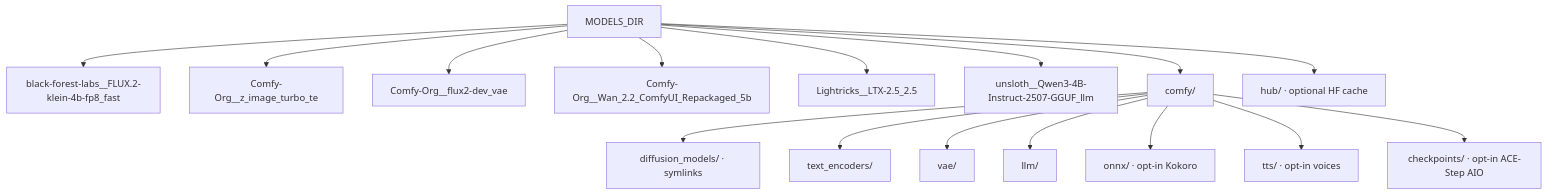
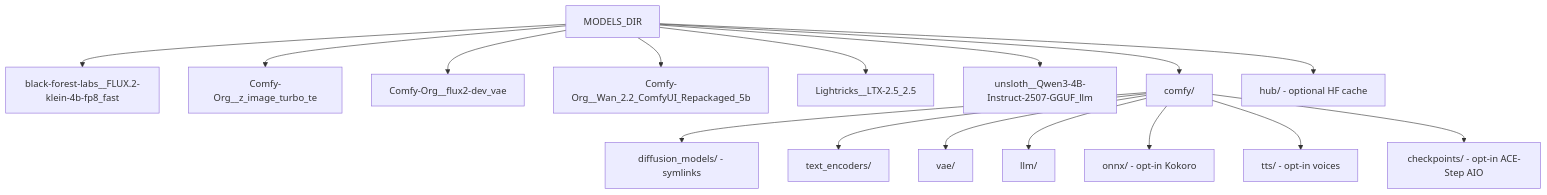
One commit to toxicoder/ez-comfy-stack changed the diagram in docs/models-and-cache.mdx. Above: the diagram before and after it, drawn with Mermaid. The commit also changed other lines of this file and 1894 other files, not shown here.

````diff
--- a/docs/models-and-cache.mdx
+++ b/docs/models-and-cache.mdx
@@ -187,19 +187,19 @@
 ```mermaid
 flowchart TB
   Root["MODELS_DIR"]
   Root --> Klein["black-forest-labs__FLUX.2-klein-4b-fp8_fast"]
   Root --> TE["Comfy-Org__z_image_turbo_te"]
   Root --> VAE["Comfy-Org__flux2-dev_vae"]
   Root --> Wan["Comfy-Org__Wan_2.2_ComfyUI_Repackaged_5b"]
   Root --> Ltx["Lightricks__LTX-2.5_2.5"]
   Root --> Llm["unsloth__Qwen3-4B-Instruct-2507-GGUF_llm"]
   Root --> Comfy["comfy/"]
-  Root --> Hub["hub/ · optional HF cache"]
-  Comfy --> DM["diffusion_models/ · symlinks"]
+  Root --> Hub["hub/ - optional HF cache"]
+  Comfy --> DM["diffusion_models/ - symlinks"]
   Comfy --> TEd["text_encoders/"]
   Comfy --> VAEd["vae/"]
   Comfy --> LlmDir["llm/"]
-  Comfy --> Onnx["onnx/ · opt-in Kokoro"]
-  Comfy --> Tts["tts/ · opt-in voices"]
-  Comfy --> Ckpt["checkpoints/ · opt-in ACE-Step AIO"]
+  Comfy --> Onnx["onnx/ - opt-in Kokoro"]
+  Comfy --> Tts["tts/ - opt-in voices"]
+  Comfy --> Ckpt["checkpoints/ - opt-in ACE-Step AIO"]
 ```
````
